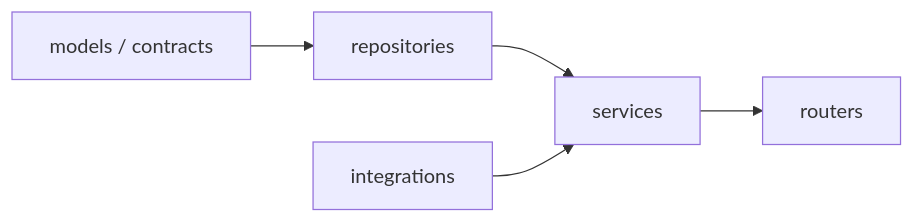
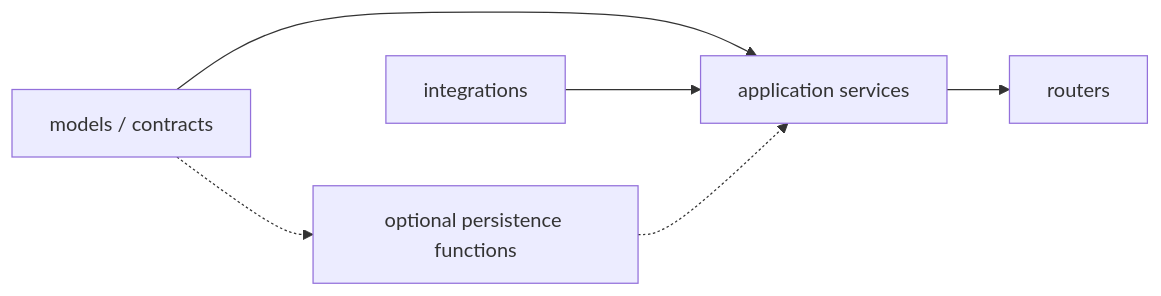
One commit to gushinets/payments-portal changed the first of 2 diagrams in docs/architecture/ddd-lite-audit.md. Above: the diagram before and after it, drawn with Mermaid. The commit also changed other lines of this file and 3 other files, not shown here.

````diff
--- a/docs/architecture/ddd-lite-audit.md
+++ b/docs/architecture/ddd-lite-audit.md
@@ -84,7 +97,8 @@
 ```mermaid
 flowchart LR
-  models["models / contracts"] --> repos["repositories"]
-  repos --> services["services"]
+  models["models / contracts"] --> services["application services"]
   services --> routers["routers"]
   integrations["integrations"] --> services
+  models -.-> repos["optional persistence functions"]
+  repos -.-> services
 ```
````
